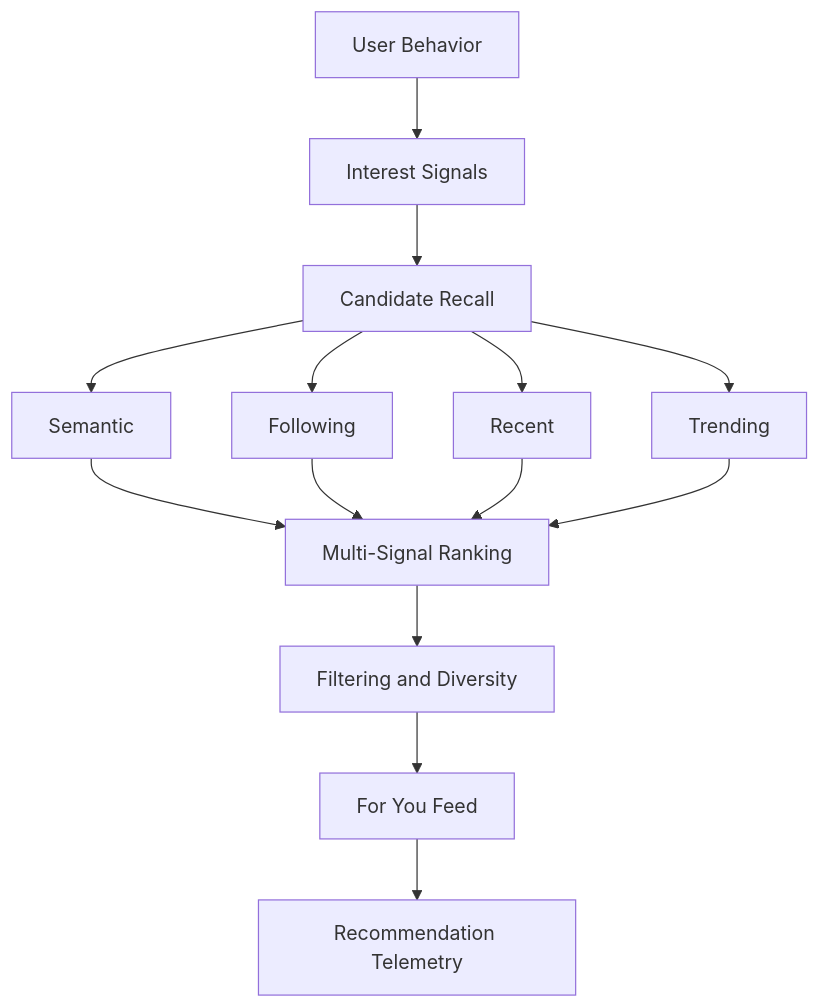
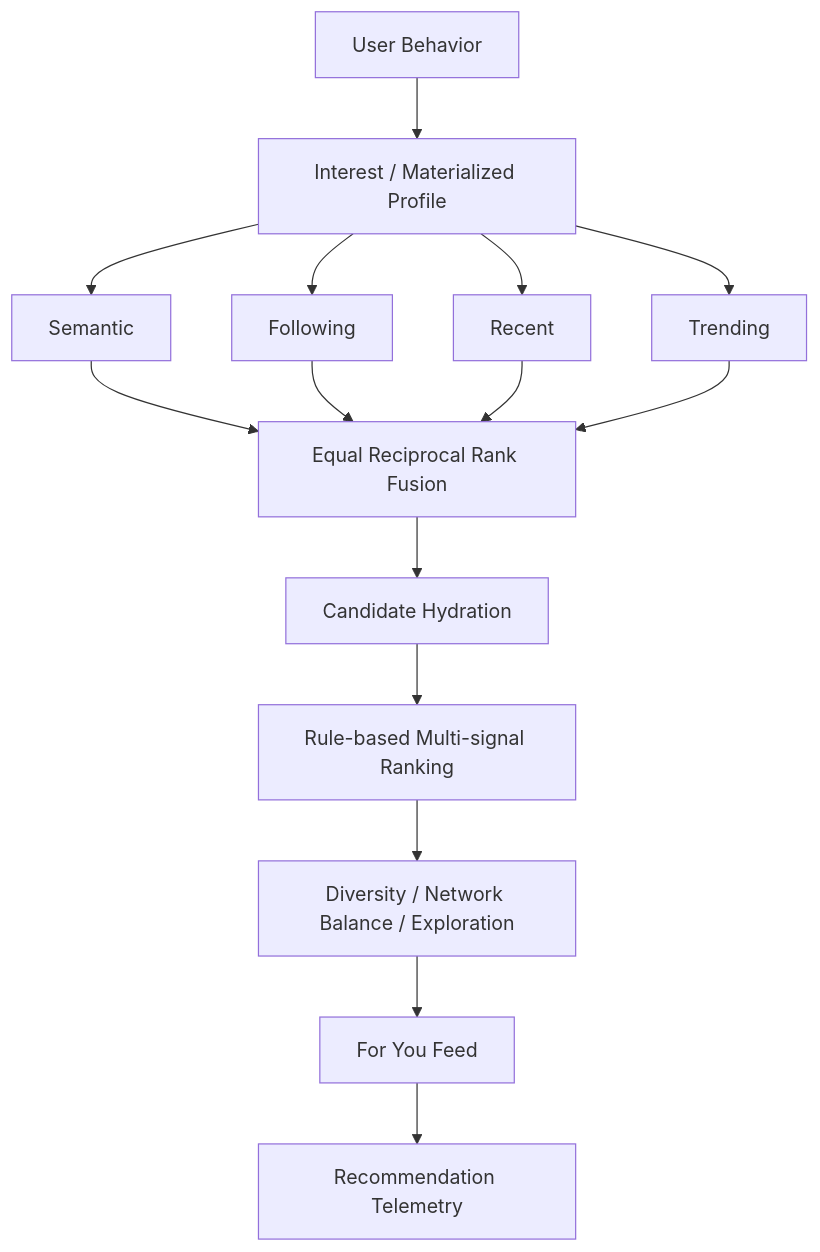
Before and after one commit to cc483858939-ops/exchange-platform: the first of 2 diagrams in README.md, drawn with Mermaid. The commit also changed other lines of this file and 3 other files, not shown here.

````diff
--- a/README.md
+++ b/README.md
@@ -32,16 +33,17 @@
 ```mermaid
 flowchart TD
-    A[User Behavior] --> B[Interest Signals]
-    B --> C[Candidate Recall]
-    C --> C1[Semantic]
-    C --> C2[Following]
-    C --> C3[Recent]
-    C --> C4[Trending]
-    C1 --> D[Multi-Signal Ranking]
+    A[User Behavior] --> B[Interest / Materialized Profile]
+    B --> C1[Semantic]
+    B --> C2[Following]
+    B --> C3[Recent]
+    B --> C4[Trending]
+    C1 --> D[Equal Reciprocal Rank Fusion]
     C2 --> D
     C3 --> D
     C4 --> D
-    D --> E[Filtering and Diversity]
-    E --> F[For You Feed]
-    F --> G[Recommendation Telemetry]
+    D --> E[Candidate Hydration]
+    E --> F[Rule-based Multi-signal Ranking]
+    F --> G[Diversity / Network Balance / Exploration]
+    G --> H[For You Feed]
+    H --> I[Recommendation Telemetry]
 ```
````
